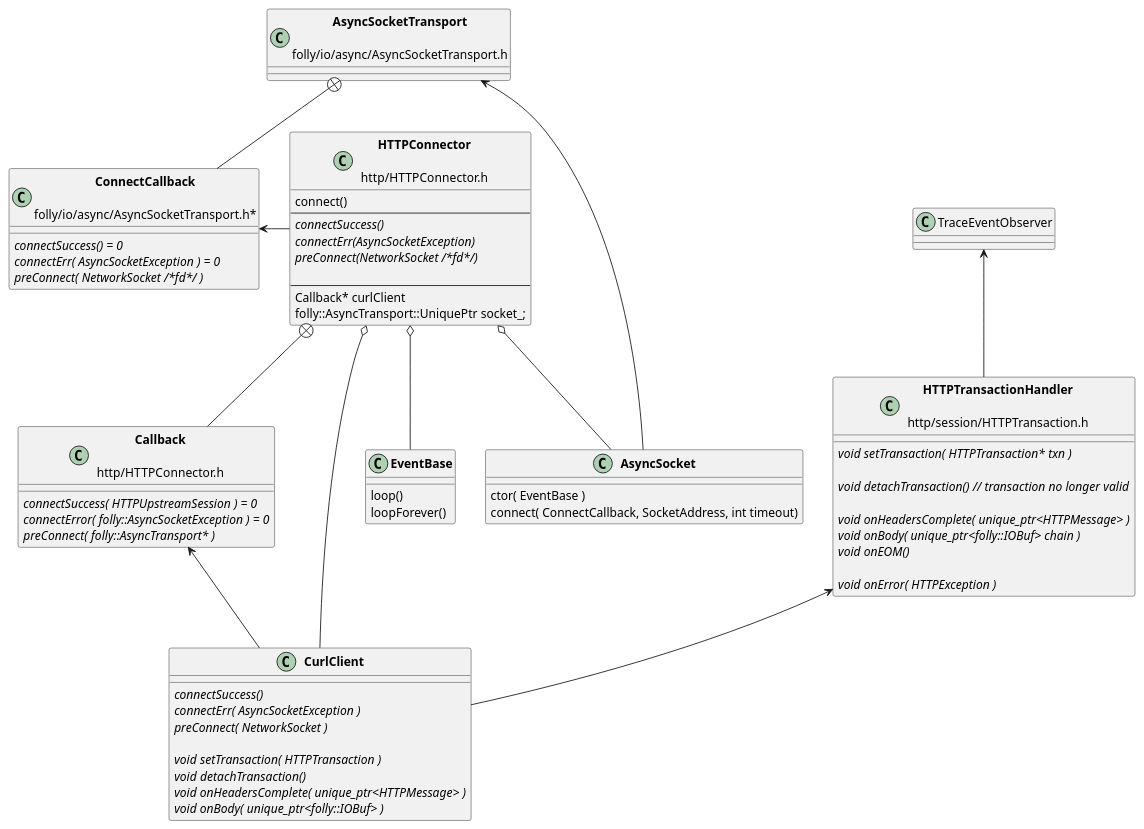
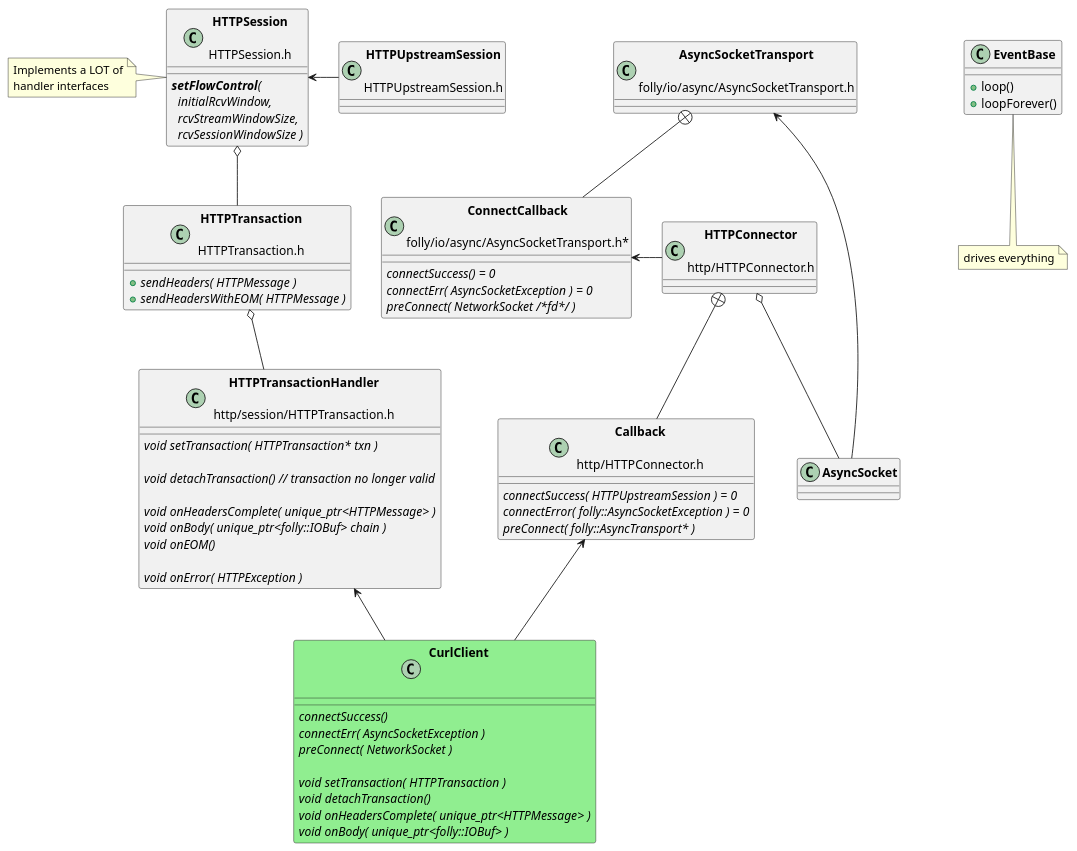
One commit to patrickhallinan/hello-proxygen changed the third of 3 diagrams in doc/proxygen-curl-sample.adoc. Above: the diagram before and after it, drawn with PlantUML. The commit also changed other lines of this file and 34 other files, not shown here.

```diff
--- a/doc/proxygen-curl-sample.adoc
+++ b/doc/proxygen-curl-sample.adoc
@@ -136,19 +152,27 @@
-[plantuml, "classes.puml", svg]
+[plantuml, "proxygen-curl-classes.puml", svg]
 ----
-
-
-
 class "**AsyncSocket**" as AsyncSocket
 
 class "**AsyncSocketTransport**\n\nfolly/io/async/AsyncSocketTransport.h" as AsyncSocketTransport
 
+class "**Callback**\n\nhttp/HTTPConnector.h" as Callback
 abstract "**ConnectCallback**\n\nfolly/io/async/AsyncSocketTransport.h*" as ConnectCallback
 
 class "**EventBase**" as EventBase
+note bottom: drives everything
+
 class "**HTTPConnector**\n\nhttp/HTTPConnector.h" as HTTPConnector
-class "**Callback**\n\nhttp/HTTPConnector.h" as Callback
 class "**HTTPTransactionHandler**\n\nhttp/session/HTTPTransaction.h" as HTTPTransactionHandler
-class "**CurlClient**" as CurlClient
+class "**HTTPUpstreamSession**\n\nHTTPUpstreamSession.h" as HTTPUpstreamSession
+class "**HTTPTransaction**\n\nHTTPTransaction.h" as HTTPTransaction
+class "**CurlClient**\n\n" as CurlClient
+
+class "**HTTPSession**\n\nHTTPSession.h" as HTTPSession
+note left
+    Implements a LOT of
+    handler interfaces
+end note
+
 
 AsyncSocketTransport <-- AsyncSocket
 
@@ -157,39 +181,32 @@
 Callback <-- CurlClient
 HTTPTransactionHandler <-- CurlClient
 
-TraceEventObserver <-- HTTPTransactionHandler
+HTTPSession <- HTTPUpstreamSession
 
 AsyncSocketTransport +-- ConnectCallback
 HTTPConnector +-- Callback
 
-HTTPConnector o-- EventBase
-HTTPConnector o-- CurlClient
 HTTPConnector o-- AsyncSocket
 
+HTTPSession o-- HTTPTransaction
+HTTPTransaction o-- HTTPTransactionHandler
+
+
 class EventBase {
-    loop()
-    loopForever()
+    +loop()
+    +loopForever()
 }
 
-class HTTPConnector {
-    connect()
-    ----
-    {abstract} connectSuccess()
-    {abstract} connectErr(AsyncSocketException)
-    {abstract} preConnect(NetworkSocket /*fd*/)
-
-    ----
-    Callback* curlClient
-    folly::AsyncTransport::UniquePtr socket_;
-    'wangle::TransportInfo transportInfo_;
+class HTTPSession {
+    {abstract} **setFlowControl**(\n  initialRcvWindow,\n  rcvStreamWindowSize,\n  rcvSessionWindowSize )
 }
 
-class AsyncSocket {
-    ctor( EventBase )
-    connect( ConnectCallback, SocketAddress, int timeout)
+class HTTPTransaction {
+    +{abstract} sendHeaders( HTTPMessage )
+    +{abstract} sendHeadersWithEOM( HTTPMessage )
 }
 
-class CurlClient {
+class CurlClient #LightGreen {
     {abstract} connectSuccess()
     {abstract} connectErr( AsyncSocketException )
     {abstract} preConnect( NetworkSocket )
```
